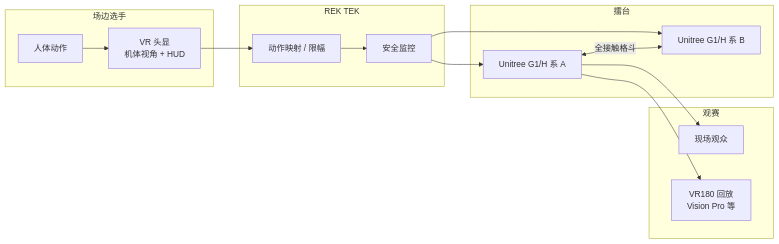
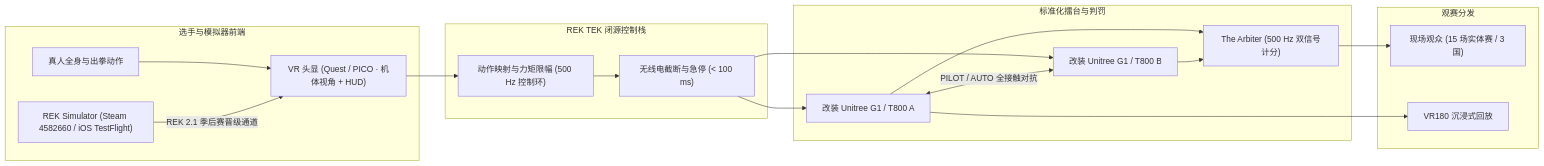
The diagram in wiki/entities/rek.md (ImChong/Robotics_Notebooks), drawn with Mermaid before and after one commit. The commit also changed other lines of this file and 51 other files, not shown here.

````diff
--- a/wiki/entities/rek.md
+++ b/wiki/entities/rek.md
@@ -49,26 +55,31 @@
 ```mermaid
 flowchart LR
-  subgraph pilot [场边选手]
-    VR["VR 头显<br/>机体视角 + HUD"]
-    HUMAN["人体动作"]
+  subgraph pilot [选手与模拟器前端]
+    VR["VR 头显 (Quest / PICO · 机体视角 + HUD)"]
+    SIM["REK Simulator (Steam 4582660 / iOS TestFlight)"]
+    HUMAN["真人全身与出拳动作"]
     HUMAN --> VR
+    SIM -->|"REK 2.1 季后赛晋级通道"| VR
   end
-  subgraph stack [REK TEK]
-    MAP["动作映射 / 限幅"]
-    SAFE["安全监控"]
+  subgraph stack [REK TEK 闭源控制栈]
+    MAP["动作映射与力矩限幅 (500 Hz 控制环)"]
+    SAFE["无线电截断与急停 (< 100 ms)"]
     VR --> MAP --> SAFE
   end
-  subgraph arena [擂台]
-    G1A["Unitree G1/H 系 A"]
-    G1B["Unitree G1/H 系 B"]
-    SAFE --> G1A
-    SAFE --> G1B
-    G1A <-->|"全接触格斗"| G1B
+  subgraph arena [标准化擂台与判罚]
+    BOTA["改装 Unitree G1 / T800 A"]
+    BOTB["改装 Unitree G1 / T800 B"]
+    ARBITER["The Arbiter (500 Hz 双信号计分)"]
+    SAFE --> BOTA
+    SAFE --> BOTB
+    BOTA <-->|"PILOT / AUTO 全接触对抗"| BOTB
+    BOTA --> ARBITER
+    BOTB --> ARBITER
   end
-  subgraph audience [观赛]
-    LIVE["现场观众"]
-    VR180["VR180 回放<br/>Vision Pro 等"]
-    G1A --> LIVE
-    G1A --> VR180
+  subgraph audience [观赛分发]
+    LIVE["现场观众 (15 场实体赛 / 3 国)"]
+    VR180["VR180 沉浸式回放"]
+    ARBITER --> LIVE
+    BOTA --> VR180
   end
 ```
````
